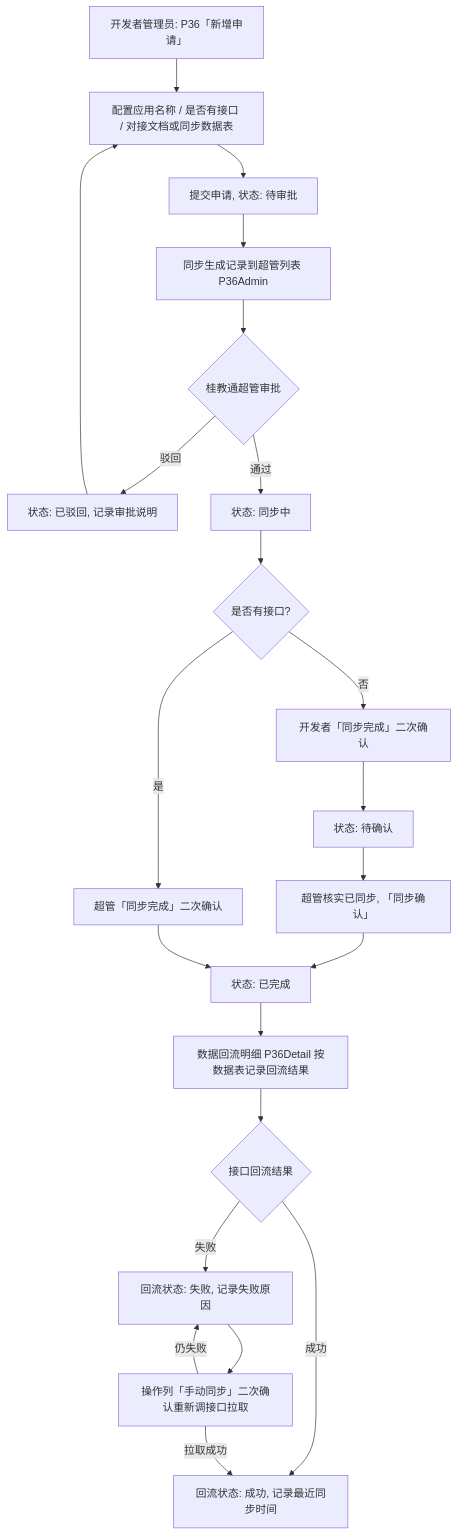
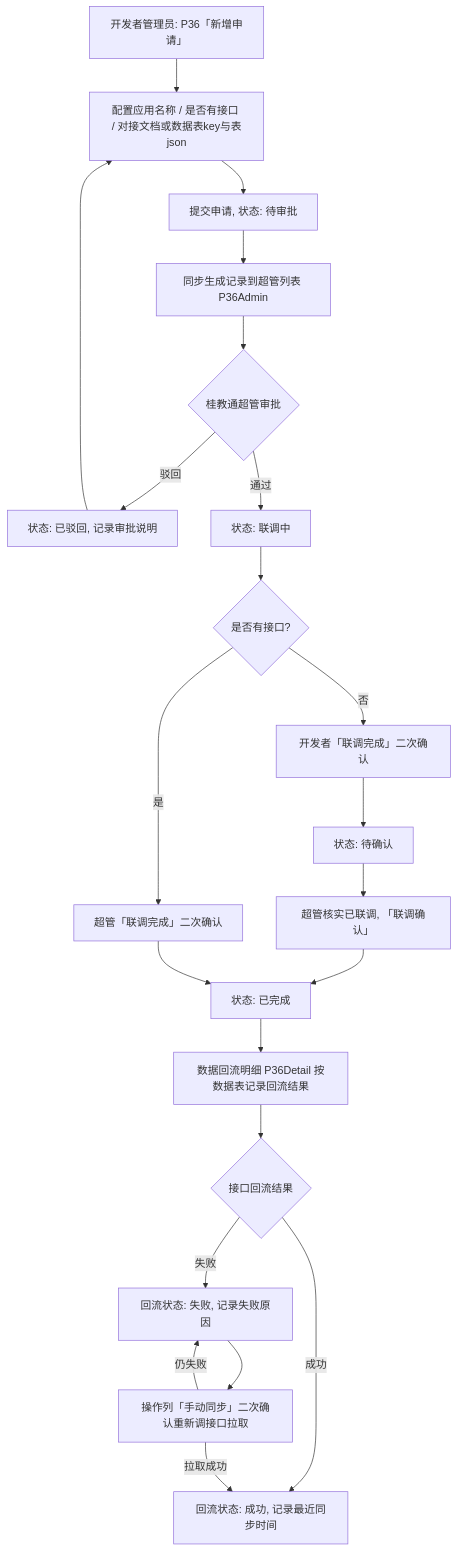
One commit to sunmei119/capPlatform changed the ninth of 9 diagrams in output/prd/prd.md. Above: the diagram before and after it, drawn with Mermaid. The commit also changed other lines of this file and 2 other files, not shown here.

````diff
--- a/output/prd/prd.md
+++ b/output/prd/prd.md
@@ -279,24 +279,24 @@
 ```mermaid
 flowchart TD
-    A[开发者管理员: P36「新增申请」] --> B[配置应用名称 / 是否有接口 / 对接文档或同步数据表]
+    A[开发者管理员: P36「新增申请」] --> B[配置应用名称 / 是否有接口 / 对接文档或数据表key与表json]
     B --> C[提交申请, 状态: 待审批]
     C --> D[同步生成记录到超管列表 P36Admin]
     D --> E{桂教通超管审批}
     E -- 驳回 --> F[状态: 已驳回, 记录审批说明]
     F --> B
-    E -- 通过 --> G[状态: 同步中]
+    E -- 通过 --> G[状态: 联调中]
     G --> H{是否有接口?}
-    H -- 否 --> I[开发者「同步完成」二次确认]
+    H -- 否 --> I[开发者「联调完成」二次确认]
     I --> J[状态: 待确认]
-    J --> K[超管核实已同步, 「同步确认」]
+    J --> K[超管核实已联调, 「联调确认」]
     K --> L[状态: 已完成]
-    H -- 是 --> M[超管「同步完成」二次确认]
+    H -- 是 --> M[超管「联调完成」二次确认]
     M --> L
     L --> N[数据回流明细 P36Detail 按数据表记录回流结果]
     N --> O{接口回流结果}
     O -- 成功 --> P[回流状态: 成功, 记录最近同步时间]
     O -- 失败 --> Q[回流状态: 失败, 记录失败原因]
     Q --> R[操作列「手动同步」二次确认重新调接口拉取]
     R -- 拉取成功 --> P
     R -- 仍失败 --> Q
 ```
````
